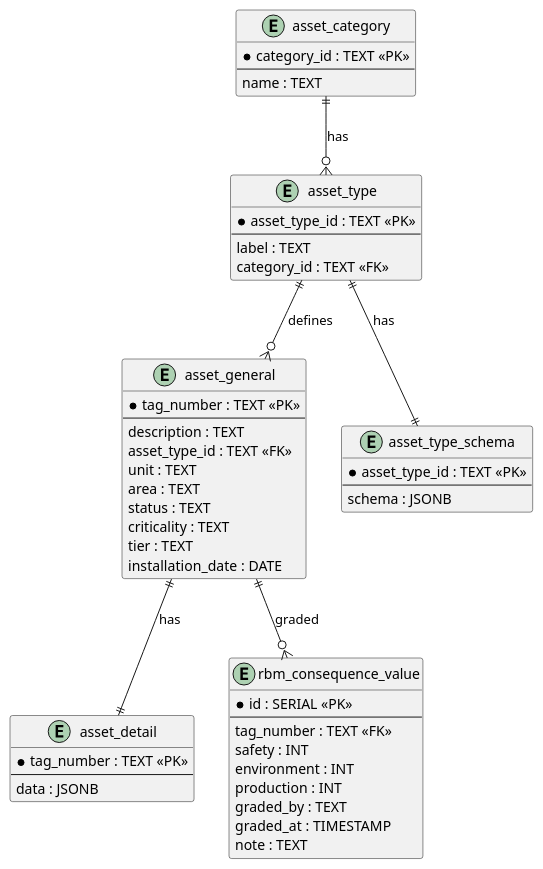
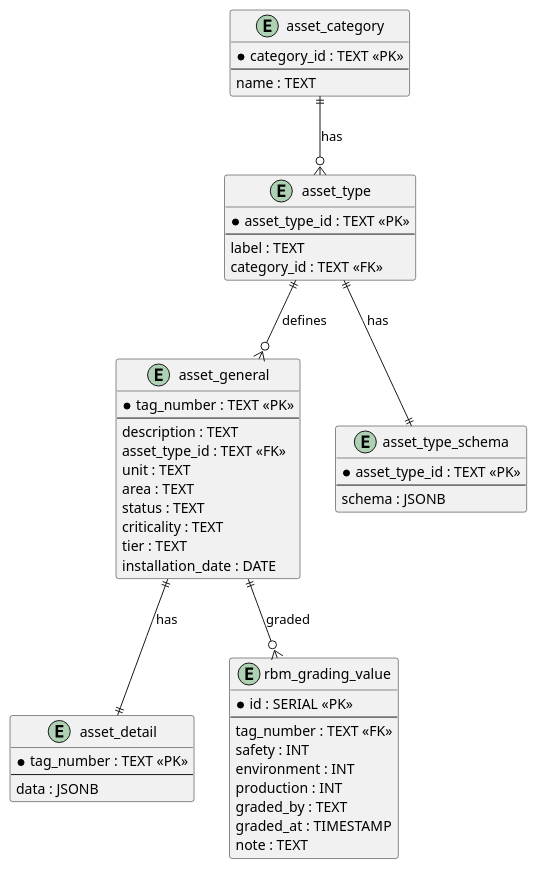
Before and after one commit to slametsampon/mx-core: the second of 2 diagrams in plugins/mx-core-rbm/docs/asset-detail-guide.md, drawn with PlantUML. The commit also changed other lines of this file and 42 other files, not shown here.

Commit message:
mx-core-rbm : re-structure models/asset and rbm

````diff
--- a/plugins/mx-core-rbm/docs/asset-detail-guide.md
+++ b/plugins/mx-core-rbm/docs/asset-detail-guide.md
@@ -808,60 +808,60 @@
 ```plantuml
 @startuml
 entity asset_category {
   * category_id : TEXT <<PK>>
   --
   name : TEXT
 }
 
 entity asset_type {
   * asset_type_id : TEXT <<PK>>
   --
   label : TEXT
   category_id : TEXT <<FK>>
 }
 
 entity asset_general {
   * tag_number : TEXT <<PK>>
   --
   description : TEXT
   asset_type_id : TEXT <<FK>>
   unit : TEXT
   area : TEXT
   status : TEXT
   criticality : TEXT
   tier : TEXT
   installation_date : DATE
 }
 
 entity asset_type_schema {
   * asset_type_id : TEXT <<PK>>
   --
   schema : JSONB
 }
 
 entity asset_detail {
   * tag_number : TEXT <<PK>>
   --
   data : JSONB
 }
 
-entity rbm_consequence_value {
+entity rbm_grading_value {
   * id : SERIAL <<PK>>
   --
   tag_number : TEXT <<FK>>
   safety : INT
   environment : INT
   production : INT
   graded_by : TEXT
   graded_at : TIMESTAMP
   note : TEXT
 }
 
 asset_category ||--o{ asset_type : "has"
 asset_type ||--o{ asset_general : "defines"
 asset_type ||--|| asset_type_schema : "has"
 asset_general ||--|| asset_detail : "has"
-asset_general ||--o{ rbm_consequence_value : "graded"
+asset_general ||--o{ rbm_grading_value : "graded"
 
 @enduml
 ```
````
